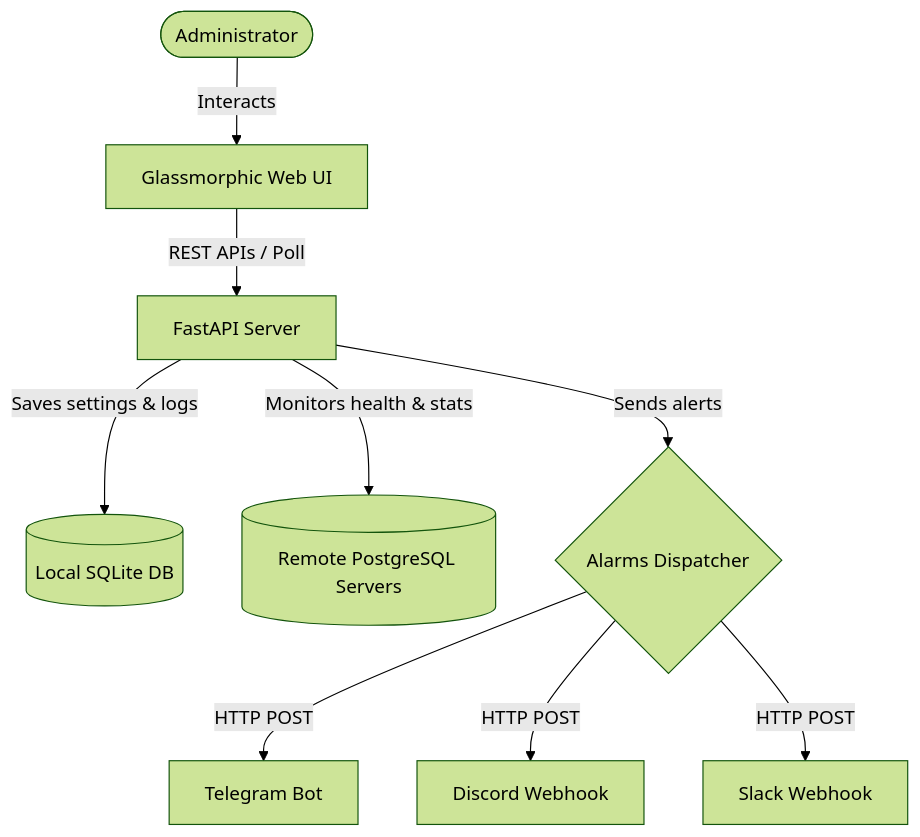
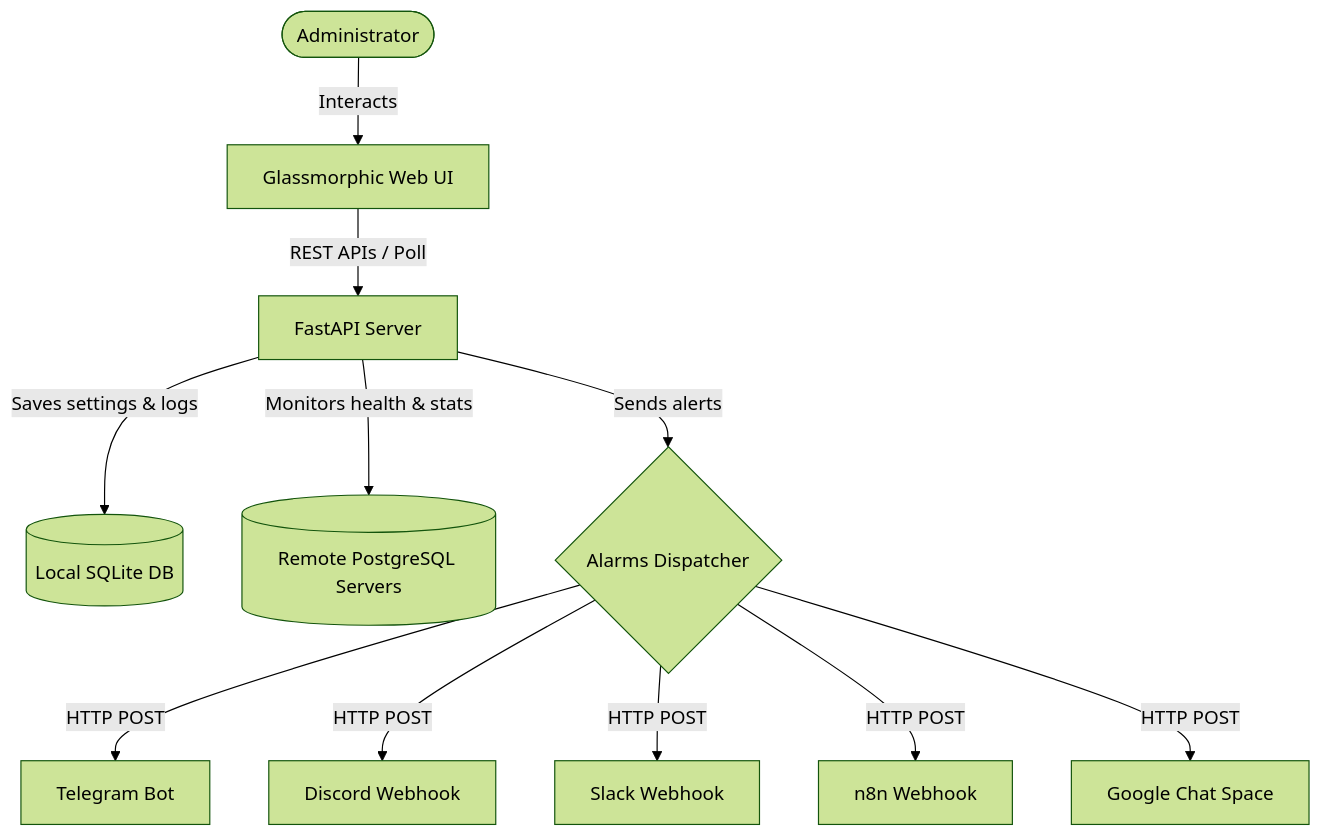
Before and after one commit to edjiesa/postgresql10.4Mon: the diagram in README.md, drawn with Mermaid (forest theme). The commit also changed other lines of this file, not shown here.

````diff
--- a/README.md
+++ b/README.md
@@ -22,11 +29,13 @@
 ```mermaid
 graph TD
     User([Administrator]) -->|Interacts| Frontend[Glassmorphic Web UI]
     Frontend -->|REST APIs / Poll| Backend[FastAPI Server]
     Backend -->|Saves settings & logs| SQLite[(Local SQLite DB)]
     Backend -->|Monitors health & stats| RemotePG[(Remote PostgreSQL Servers)]
     Backend -->|Sends alerts| Webhooks{Alarms Dispatcher}
     Webhooks -->|HTTP POST| Telegram[Telegram Bot]
     Webhooks -->|HTTP POST| Discord[Discord Webhook]
     Webhooks -->|HTTP POST| Slack[Slack Webhook]
+    Webhooks -->|HTTP POST| n8n[n8n Webhook]
+    Webhooks -->|HTTP POST| GoogleChat[Google Chat Space]
 ```
````
